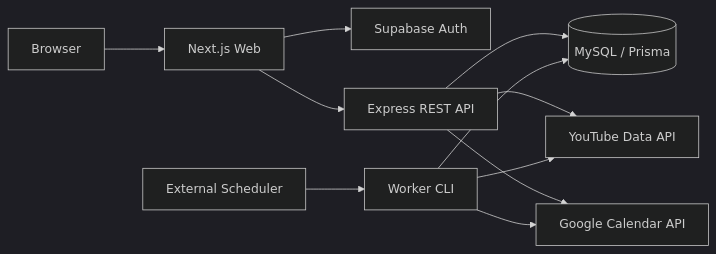
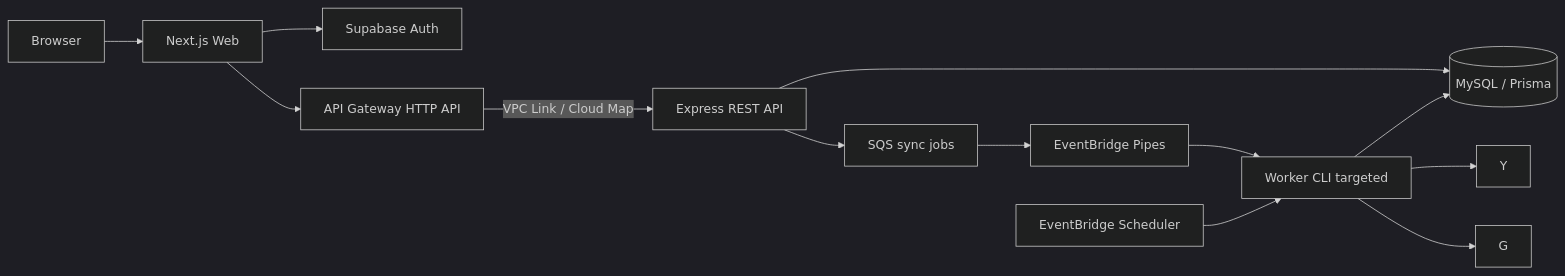
One commit to musenmai-08/oshi-schedule changed the diagram in docs/architecture/system-overview.md. Above: the diagram before and after it, drawn with Mermaid (dark theme). The commit also changed other lines of this file and 16 other files, not shown here.

Commit message:
refactor: replace ALB with HTTP API

````diff
--- a/docs/architecture/system-overview.md
+++ b/docs/architecture/system-overview.md
@@ -3,13 +3,15 @@
 ```mermaid
 flowchart LR
   U[Browser] --> W[Next.js Web]
   W --> S[Supabase Auth]
-  W --> A[Express REST API]
+  W --> H[API Gateway HTTP API]
+  H -->|VPC Link / Cloud Map| A[Express REST API]
   A --> DB[(MySQL / Prisma)]
-  A --> Y[YouTube Data API]
-  A --> G[Google Calendar API]
-  C[External Scheduler] --> K[Worker CLI]
+  A --> Q[SQS sync jobs]
+  Q --> P[EventBridge Pipes]
+  P --> K[Worker CLI targeted]
+  C[EventBridge Scheduler] --> K
   K --> DB
   K --> Y
   K --> G
 ```
````
